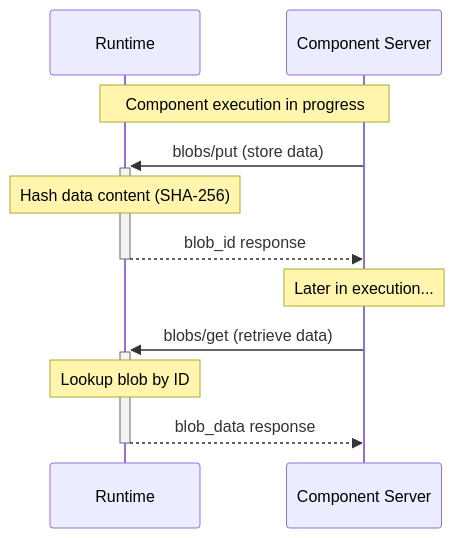
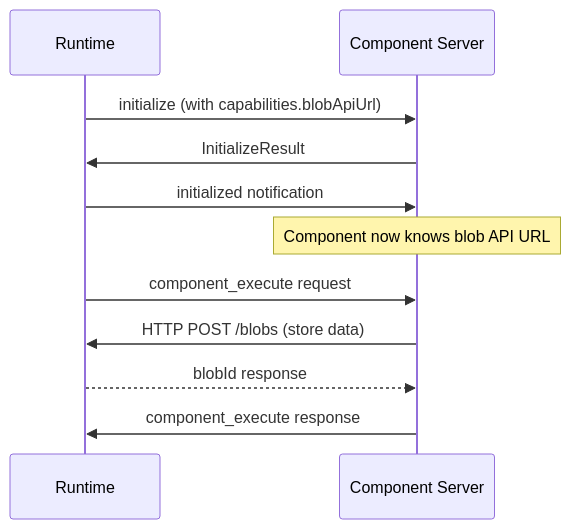
Before and after one commit to stepflow-ai/stepflow: the diagram in docs/docs/protocol/methods/blobs.md, drawn with Mermaid. The commit also changed other lines of this file and 53 other files, not shown here.

First line of the commit message:
feat: Add Blob HTTP API for scalable blob storage (#600)

````diff
--- a/docs/docs/protocol/methods/blobs.md
+++ b/docs/docs/protocol/methods/blobs.md
@@ -23,17 +23,16 @@
 ```mermaid
 sequenceDiagram
     participant R as Runtime
     participant S as Component Server
 
-    Note over R,S: Component execution in progress
+    R->>S: initialize (with capabilities.blobApiUrl)
+    S->>R: InitializeResult
+    R->>S: initialized notification
 
-    S->>+R: blobs/put (store data)
-    Note over R: Hash data content (SHA-256)
-    R-->>-S: blob_id response
+    Note over S: Component now knows blob API URL
 
-    Note over S: Later in execution...
-
-    S->>+R: blobs/get (retrieve data)
-    Note over R: Lookup blob by ID
-    R-->>-S: blob_data response
+    R->>S: component_execute request
+    S->>R: HTTP POST /blobs (store data)
+    R-->>S: blobId response
+    S->>R: component_execute response
 ```
````
